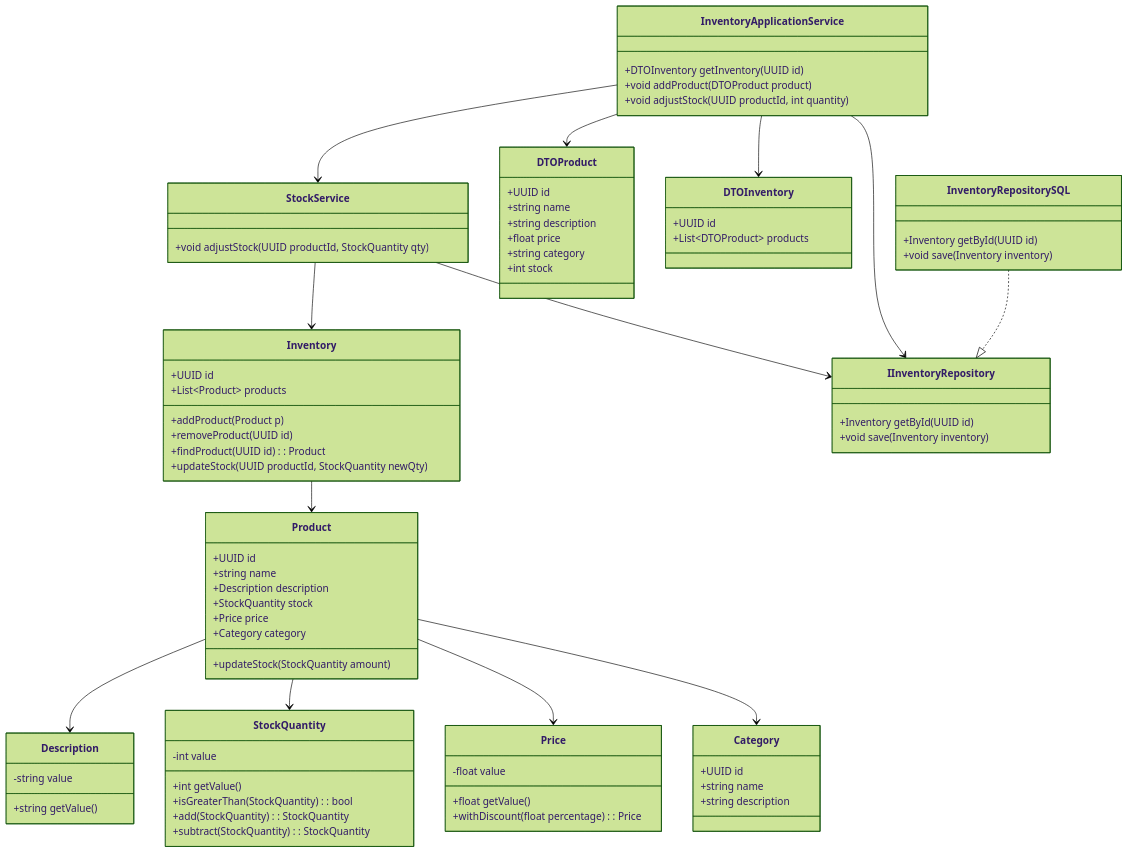
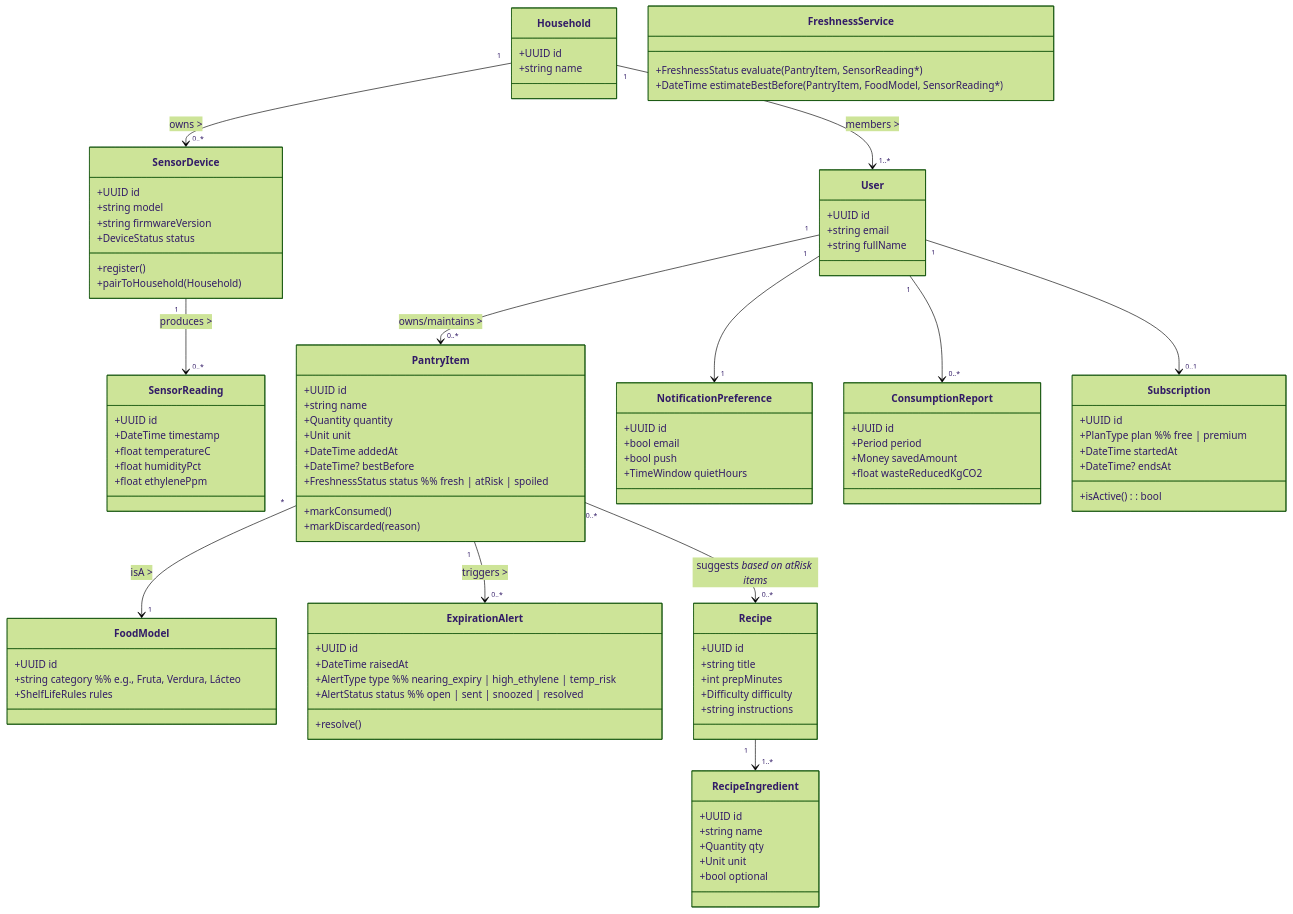
Before and after one commit to 1ASI0729-2520-7357-G4-SenseEat/report: the first of 2 diagrams in README.md, drawn with Mermaid (forest theme). The commit also changed other lines of this file, not shown here.

Commit message:
docs:Updated Diagrams

````diff
--- a/README.md
+++ b/README.md
@@ -890,96 +890,120 @@
 ```mermaid
 classDiagram
-  class Product {
-      +UUID id
-      +string name
-      +Description description
-      +StockQuantity stock
-      +Price price
-      +Category category
-      +updateStock(StockQuantity amount)
+  %% === Bounded Context: Monitoring ===
+  class SensorDevice {
+    +UUID id
+    +string model
+    +string firmwareVersion
+    +DeviceStatus status
+    +register()
+    +pairToHousehold(Household)
   }
 
-  class Category {
-      +UUID id
-      +string name
-      +string description
+  class SensorReading {
+    +UUID id
+    +DateTime timestamp
+    +float temperatureC
+    +float humidityPct
+    +float ethylenePpm
   }
 
-  class Description {
-      -string value
-      +string getValue()
+  class Household {
+    +UUID id
+    +string name
   }
 
-  class StockQuantity {
-      -int value
-      +int getValue()
-      +isGreaterThan(StockQuantity): bool
-      +add(StockQuantity): StockQuantity
-      +subtract(StockQuantity): StockQuantity
+  SensorDevice "1" --> "0..*" SensorReading : produces >
+  Household "1" --> "0..*" SensorDevice : owns >
+
+  %% === Bounded Context: Inventory ===
+  class PantryItem {
+    +UUID id
+    +string name
+    +Quantity quantity
+    +Unit unit
+    +DateTime addedAt
+    +DateTime? bestBefore
+    +FreshnessStatus status  %% fresh | atRisk | spoiled
+    +markConsumed()
+    +markDiscarded(reason)
   }
 
-  class Price {
-      -float value
-      +float getValue()
-      +withDiscount(float percentage): Price
+  class FoodModel {
+    +UUID id
+    +string category    %% e.g., Fruta, Verdura, Lácteo
+    +ShelfLifeRules rules
   }
 
-  class Inventory {
-      +UUID id
-      +List~Product~ products
-      +addProduct(Product p)
-      +removeProduct(UUID id)
-      +findProduct(UUID id): Product
-      +updateStock(UUID productId, StockQuantity newQty)
+  PantryItem "*" --> "1" FoodModel : isA >
+
+  class FreshnessService {
+    +FreshnessStatus evaluate(PantryItem, SensorReading*)
+    +DateTime estimateBestBefore(PantryItem, FoodModel, SensorReading*)
   }
 
-  class IInventoryRepository {
-      +Inventory getById(UUID id)
-      +void save(Inventory inventory)
+  %% === Alerts & Notifications ===
+  class ExpirationAlert {
+    +UUID id
+    +DateTime raisedAt
+    +AlertType type      %% nearing_expiry | high_ethylene | temp_risk
+    +AlertStatus status  %% open | sent | snoozed | resolved
+    +resolve()
   }
 
-  class StockService {
-      +void adjustStock(UUID productId, StockQuantity qty)
+  class NotificationPreference {
+    +UUID id
+    +bool email
+    +bool push
+    +TimeWindow quietHours
   }
 
-  class InventoryApplicationService {
-      +DTOInventory getInventory(UUID id)
-      +void addProduct(DTOProduct product)
-      +void adjustStock(UUID productId, int quantity)
+  PantryItem "1" --> "0..*" ExpirationAlert : triggers >
+  User "1" --> "1" NotificationPreference
+
+  class Recipe {
+    +UUID id
+    +string title
+    +int prepMinutes
+    +Difficulty difficulty
+    +string instructions
   }
 
-  class DTOProduct {
-      +UUID id
-      +string name
-      +string description
-      +float price
-      +string category
-      +int stock
+  class RecipeIngredient {
+    +UUID id
+    +string name
+    +Quantity qty
+    +Unit unit
+    +bool optional
   }
 
-  class DTOInventory {
-      +UUID id
-      +List~DTOProduct~ products
+  Recipe "1" --> "1..*" RecipeIngredient
+  PantryItem "0..*" --> "0..*" Recipe : suggests *based on atRisk items*
+
+  class ConsumptionReport {
+    +UUID id
+    +Period period
+    +Money savedAmount
+    +float wasteReducedKgCO2
   }
 
-  class InventoryRepositorySQL {
-      +Inventory getById(UUID id)
-      +void save(Inventory inventory)
+  class Subscription {
+    +UUID id
+    +PlanType plan      %% free | premium
+    +DateTime startedAt
+    +DateTime? endsAt
+    +isActive(): bool
   }
 
-  Product --> Description
-  Product --> StockQuantity
-  Product --> Price
-  Product --> Category
-  Inventory --> Product
-  StockService --> Inventory
-  StockService --> IInventoryRepository
+  User "1" --> "0..*" ConsumptionReport
+  User "1" --> "0..1" Subscription
 
-  InventoryApplicationService --> StockService
-  InventoryApplicationService --> IInventoryRepository
-  InventoryApplicationService --> DTOProduct
-  InventoryApplicationService --> DTOInventory
+  class User {
+    +UUID id
+    +string email
+    +string fullName
+  }
 
-  InventoryRepositorySQL ..|> IInventoryRepository
+  Household "1" --> "1..*" User : members >
+  User "1" --> "0..*" PantryItem : owns/maintains >
 
 ```
````
